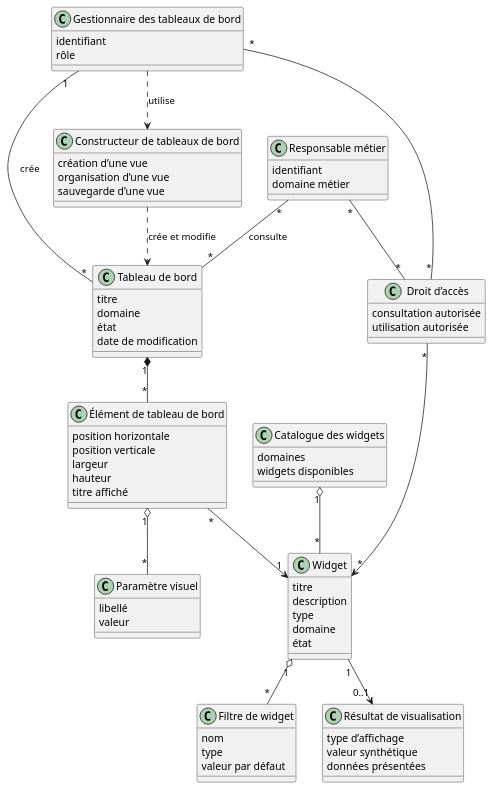
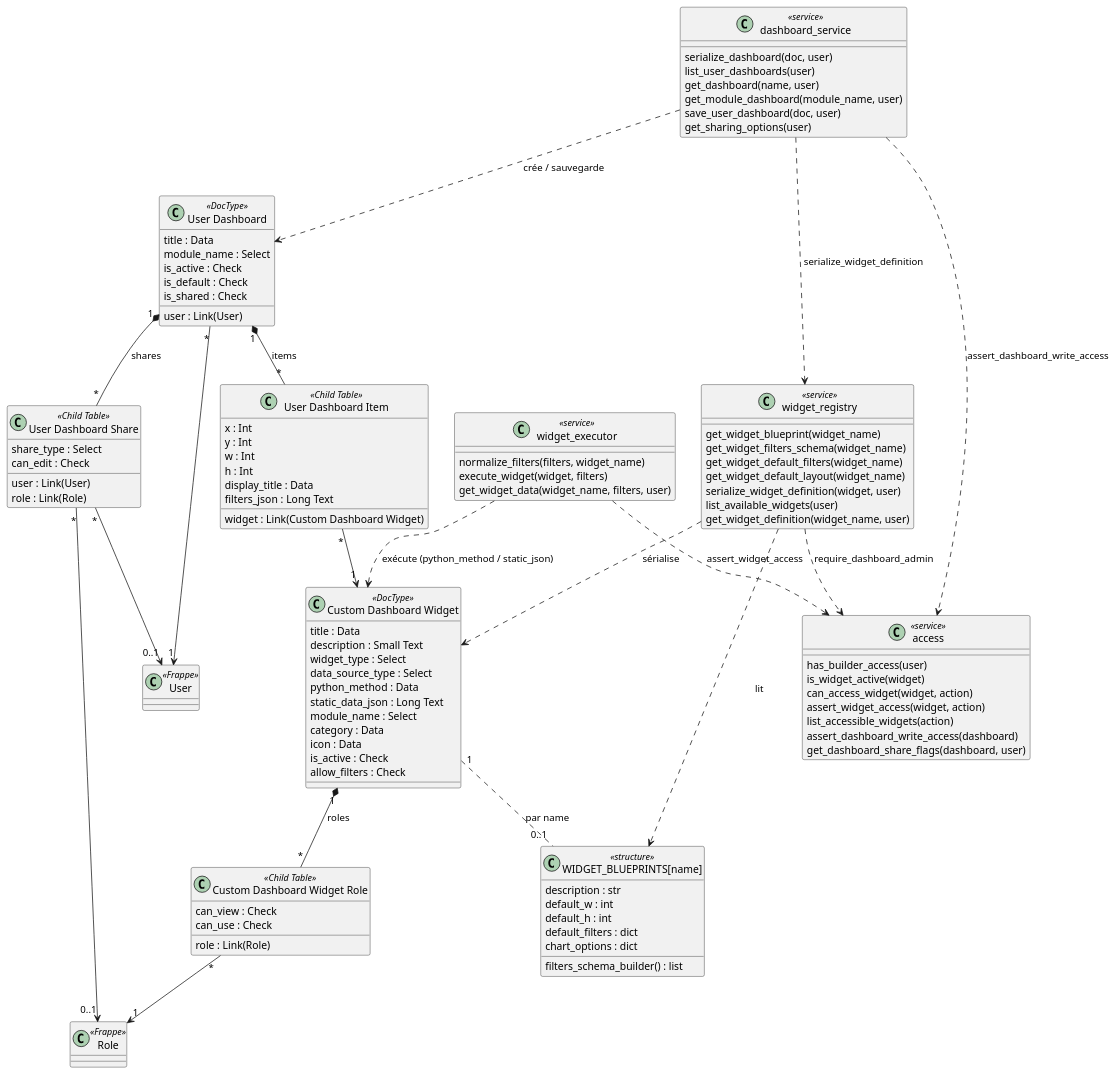
Before and after one commit to ybenaoun/custom_dashboard: diagram 13 of 20 in custom_dashboard/docs/analyse_cas_utilisation_par_sprint.md, drawn with PlantUML. The commit also changed other lines of this file and 10 other files, not shown here.

````diff
--- a/custom_dashboard/docs/analyse_cas_utilisation_par_sprint.md
+++ b/custom_dashboard/docs/analyse_cas_utilisation_par_sprint.md
@@ -629,73 +788,114 @@
 ```plantuml
 @startuml
-class "Responsable métier" as Responsable {
-  identifiant
-  domaine métier
-}
-class "Gestionnaire des tableaux de bord" as Gestionnaire {
-  identifiant
-  rôle
-}
-class "Tableau de bord" as Tableau {
-  titre
-  domaine
-  état
-  date de modification
-}
-class "Élément de tableau de bord" as Element {
-  position horizontale
-  position verticale
-  largeur
-  hauteur
-  titre affiché
-}
-class "Widget" as Widget {
-  titre
-  description
-  type
-  domaine
-  état
-}
-class "Catalogue des widgets" as Catalogue {
-  domaines
-  widgets disponibles
-}
-class "Filtre de widget" as Filtre {
-  nom
-  type
-  valeur par défaut
-}
-class "Résultat de visualisation" as Resultat {
-  type d’affichage
-  valeur synthétique
-  données présentées
-}
-class "Paramètre visuel" as Parametre {
-  libellé
-  valeur
-}
-class "Droit d’accès" as Droit {
-  consultation autorisée
-  utilisation autorisée
-}
-class "Constructeur de tableaux de bord" as Constructeur {
-  création d’une vue
-  organisation d’une vue
-  sauvegarde d’une vue
+class "Custom Dashboard Widget" as Widget <<DocType>> {
+  title : Data
+  description : Small Text
+  widget_type : Select
+  data_source_type : Select
+  python_method : Data
+  static_data_json : Long Text
+  module_name : Select
+  category : Data
+  icon : Data
+  is_active : Check
+  allow_filters : Check
 }
 
-Gestionnaire ..> Constructeur : utilise
-Constructeur ..> Tableau : crée et modifie
-Catalogue "1" o-- "*" Widget
-Tableau "1" *-- "*" Element
-Element "*" --> "1" Widget
-Element "1" o-- "*" Parametre
-Widget "1" o-- "*" Filtre
-Widget "1" --> "0..1" Resultat
-Gestionnaire "*" -- "*" Droit
-Responsable "*" -- "*" Droit
-Droit "*" --> "*" Widget
-Gestionnaire "1" -- "*" Tableau : crée
-Responsable "*" -- "*" Tableau : consulte
+class "Custom Dashboard Widget Role" as WidgetRole <<Child Table>> {
+  role : Link(Role)
+  can_view : Check
+  can_use : Check
+}
+
+class "WIDGET_BLUEPRINTS[name]" as Blueprint <<structure>> {
+  description : str
+  default_w : int
+  default_h : int
+  default_filters : dict
+  chart_options : dict
+  filters_schema_builder() : list
+}
+
+class "User Dashboard" as UserDashboard <<DocType>> {
+  title : Data
+  user : Link(User)
+  module_name : Select
+  is_active : Check
+  is_default : Check
+  is_shared : Check
+}
+
+class "User Dashboard Item" as DashboardItem <<Child Table>> {
+  widget : Link(Custom Dashboard Widget)
+  x : Int
+  y : Int
+  w : Int
+  h : Int
+  display_title : Data
+  filters_json : Long Text
+}
+
+class "User Dashboard Share" as DashboardShare <<Child Table>> {
+  share_type : Select
+  user : Link(User)
+  role : Link(Role)
+  can_edit : Check
+}
+
+class "widget_registry" as WidgetRegistry <<service>> {
+  get_widget_blueprint(widget_name)
+  get_widget_filters_schema(widget_name)
+  get_widget_default_filters(widget_name)
+  get_widget_default_layout(widget_name)
+  serialize_widget_definition(widget, user)
+  list_available_widgets(user)
+  get_widget_definition(widget_name, user)
+}
+
+class "widget_executor" as WidgetExecutor <<service>> {
+  normalize_filters(filters, widget_name)
+  execute_widget(widget, filters)
+  get_widget_data(widget_name, filters, user)
+}
+
+class "dashboard_service" as DashboardService <<service>> {
+  serialize_dashboard(doc, user)
+  list_user_dashboards(user)
+  get_dashboard(name, user)
+  get_module_dashboard(module_name, user)
+  save_user_dashboard(doc, user)
+  get_sharing_options(user)
+}
+
+class "access" as Access <<service>> {
+  has_builder_access(user)
+  is_widget_active(widget)
+  can_access_widget(widget, action)
+  assert_widget_access(widget, action)
+  list_accessible_widgets(action)
+  assert_dashboard_write_access(dashboard)
+  get_dashboard_share_flags(dashboard, user)
+}
+
+class "User" as User <<Frappe>>
+class "Role" as Role <<Frappe>>
+
+Widget "1" *-- "*" WidgetRole : roles
+WidgetRole "*" --> "1" Role
+Widget "1" .. "0..1" Blueprint : par name
+UserDashboard "*" --> "1" User
+UserDashboard "1" *-- "*" DashboardItem : items
+UserDashboard "1" *-- "*" DashboardShare : shares
+DashboardItem "*" --> "1" Widget
+DashboardShare "*" --> "0..1" User
+DashboardShare "*" --> "0..1" Role
+WidgetRegistry ..> Widget : sérialise
+WidgetRegistry ..> Blueprint : lit
+WidgetRegistry ..> Access : require_dashboard_admin
+WidgetExecutor ..> Widget : exécute (python_method / static_json)
+WidgetExecutor ..> Access : assert_widget_access
+DashboardService ..> UserDashboard : crée / sauvegarde
+DashboardService ..> WidgetRegistry : serialize_widget_definition
+DashboardService ..> Access : assert_dashboard_write_access
 @enduml
 ```
````
